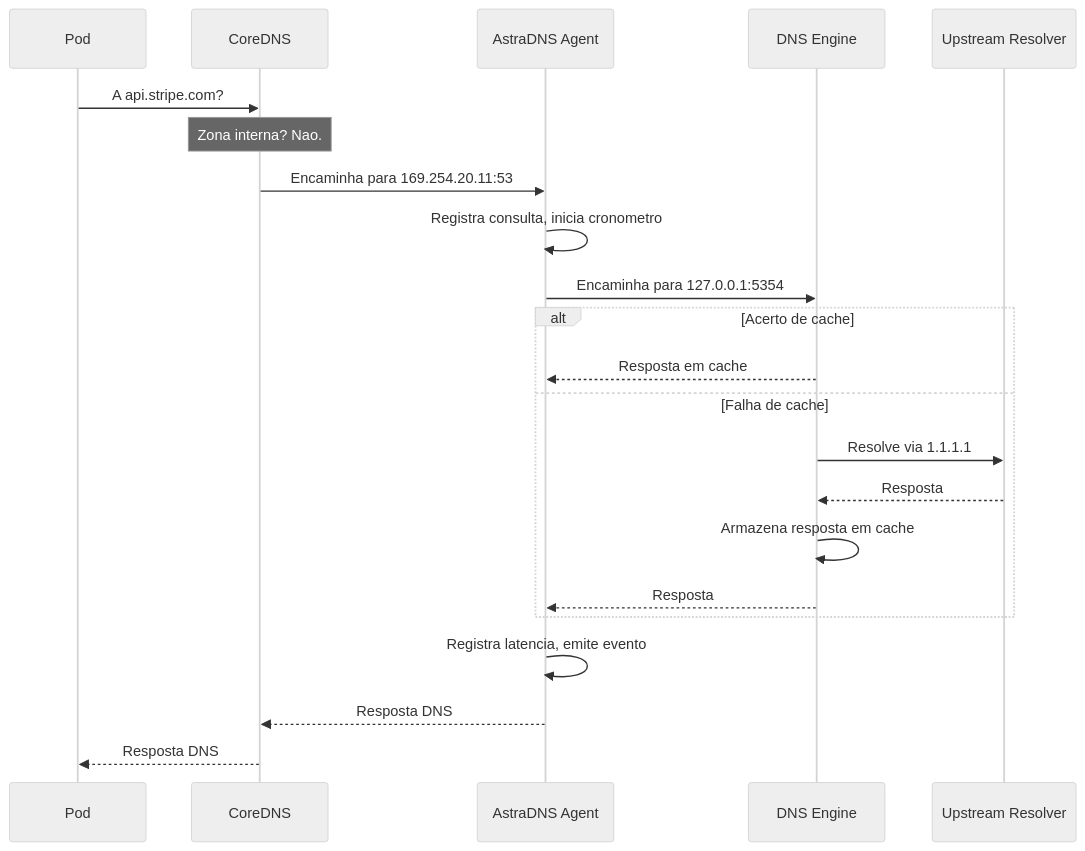
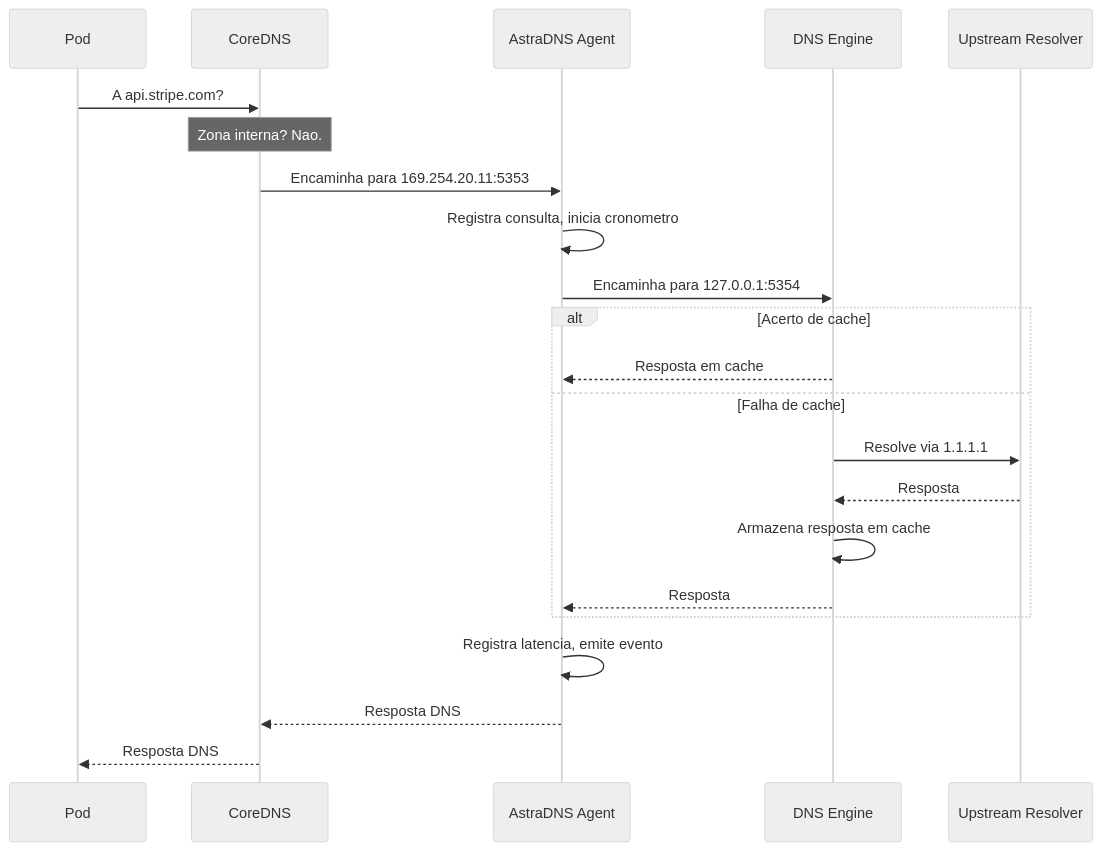
One commit to astradns/astradns-site changed the diagram in docs/pt-BR/architecture/data-path.md. Above: the diagram before and after it, drawn with Mermaid (neutral theme). The commit also changed other lines of this file and 47 other files, not shown here.

Commit message:
docs(site): reconcile topology and runbook docs with chart behavior

````diff
--- a/docs/pt-BR/architecture/data-path.md
+++ b/docs/pt-BR/architecture/data-path.md
@@ -7,25 +7,25 @@
 ```mermaid
 sequenceDiagram
     participant Pod
     participant CoreDNS
     participant Agent as AstraDNS Agent
     participant Engine as DNS Engine
     participant Upstream as Upstream Resolver
 
     Pod->>CoreDNS: A api.stripe.com?
     Note over CoreDNS: Zona interna? Nao.
-    CoreDNS->>Agent: Encaminha para 169.254.20.11:53
+    CoreDNS->>Agent: Encaminha para 169.254.20.11:5353
     Agent->>Agent: Registra consulta, inicia cronometro
     Agent->>Engine: Encaminha para 127.0.0.1:5354
     alt Acerto de cache
         Engine-->>Agent: Resposta em cache
     else Falha de cache
         Engine->>Upstream: Resolve via 1.1.1.1
         Upstream-->>Engine: Resposta
         Engine->>Engine: Armazena resposta em cache
         Engine-->>Agent: Resposta
     end
     Agent->>Agent: Registra latencia, emite evento
     Agent-->>CoreDNS: Resposta DNS
     CoreDNS-->>Pod: Resposta DNS
 ```
````
